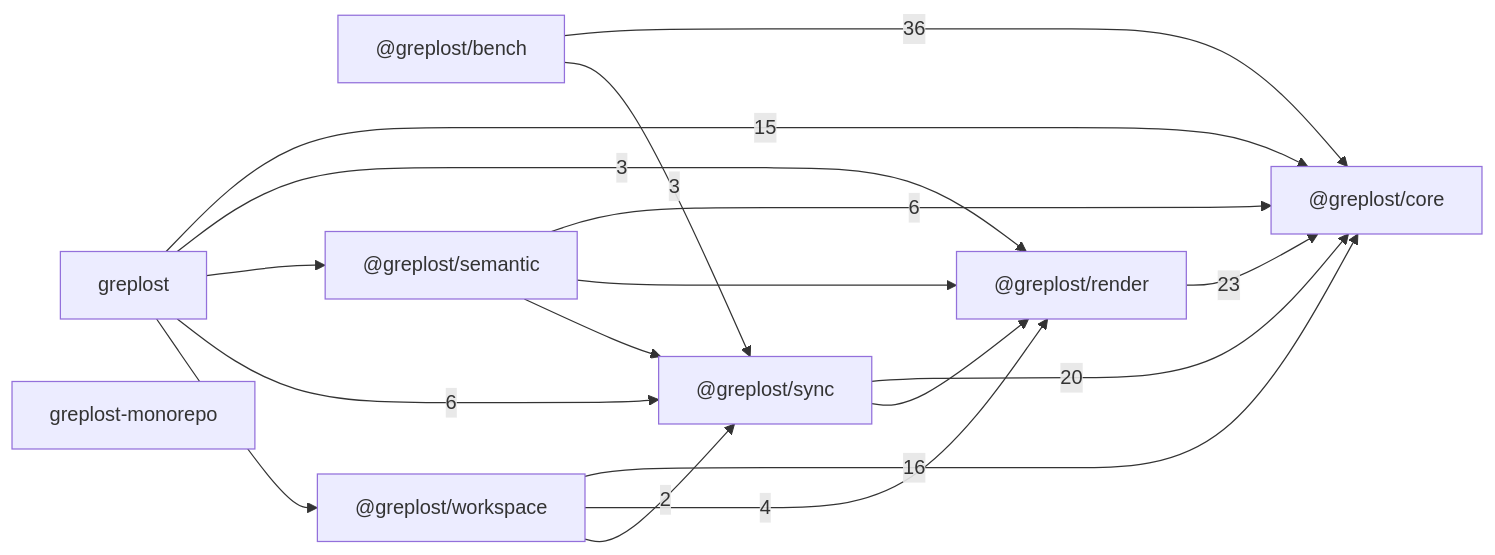
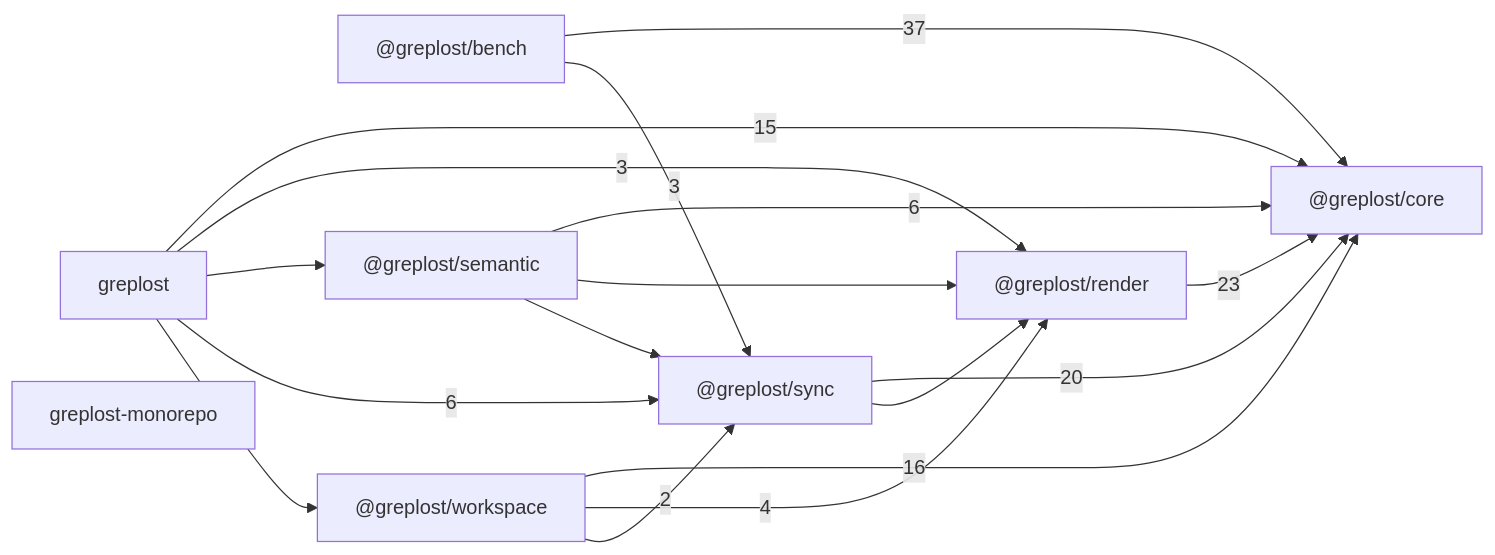
One commit to sns45/greplost changed the diagram in .greplost/repo/MAP.md. Above: the diagram before and after it, drawn with Mermaid. The commit also changed other lines of this file and 58 other files, not shown here.

````diff
--- a/.greplost/repo/MAP.md
+++ b/.greplost/repo/MAP.md
@@ -21,27 +21,27 @@
 ```mermaid
 graph LR
   _greplost_bench["@greplost/bench"]
   _greplost_core["@greplost/core"]
   _greplost_render["@greplost/render"]
   _greplost_semantic["@greplost/semantic"]
   _greplost_sync["@greplost/sync"]
   _greplost_workspace["@greplost/workspace"]
   greplost["greplost"]
   greplost_monorepo["greplost-monorepo"]
-  _greplost_bench -->|36| _greplost_core
+  _greplost_bench -->|37| _greplost_core
   _greplost_bench -->|3| _greplost_sync
   _greplost_render -->|23| _greplost_core
   _greplost_semantic -->|6| _greplost_core
   _greplost_semantic --> _greplost_render
   _greplost_semantic --> _greplost_sync
   _greplost_sync -->|20| _greplost_core
   _greplost_sync --> _greplost_render
   _greplost_workspace -->|16| _greplost_core
   _greplost_workspace -->|4| _greplost_render
   _greplost_workspace -->|2| _greplost_sync
   greplost -->|15| _greplost_core
   greplost -->|3| _greplost_render
   greplost --> _greplost_semantic
   greplost -->|6| _greplost_sync
   greplost --> _greplost_workspace
 ```
````
